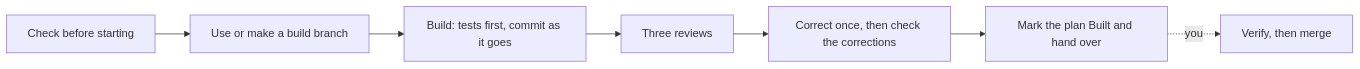
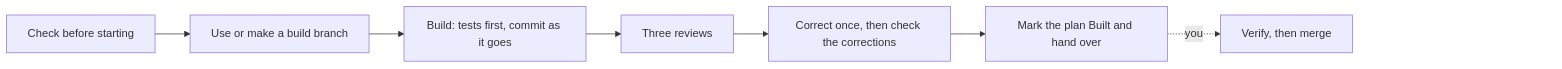
Before and after one commit to michaelmarconi/agentic-engineering: the diagram in docs/skills/build.md, drawn with Mermaid.

Commit message:
Pad the right of the /build flow diagram
Claude-Session: https://claude.ai/code/session_01NCq9p8PcnCRu85MRd5Q871

````diff
--- a/docs/skills/build.md
+++ b/docs/skills/build.md
@@ -20,9 +20,11 @@
 ```mermaid
 flowchart LR
     Check[Check before starting] --> Branch[Use or make a build branch]
     Branch --> Build[Build: tests first, commit as it goes]
     Build --> Review[Three reviews]
     Review --> Correct[Correct once, then check the corrections]
     Correct --> Hand[Mark the plan Built and hand over]
     Hand -.->|you| Verify[Verify, then merge]
+    Verify ~~~ Pad["#nbsp;#nbsp;#nbsp;#nbsp;#nbsp;#nbsp;#nbsp;#nbsp;#nbsp;#nbsp;#nbsp;#nbsp;#nbsp;#nbsp;#nbsp;#nbsp;#nbsp;#nbsp;#nbsp;#nbsp;#nbsp;#nbsp;#nbsp;#nbsp;#nbsp;#nbsp;#nbsp;#nbsp;#nbsp;#nbsp;#nbsp;#nbsp;#nbsp;#nbsp;#nbsp;#nbsp;#nbsp;#nbsp;#nbsp;#nbsp;"]
+    style Pad fill:none,stroke:none
 ```
````
